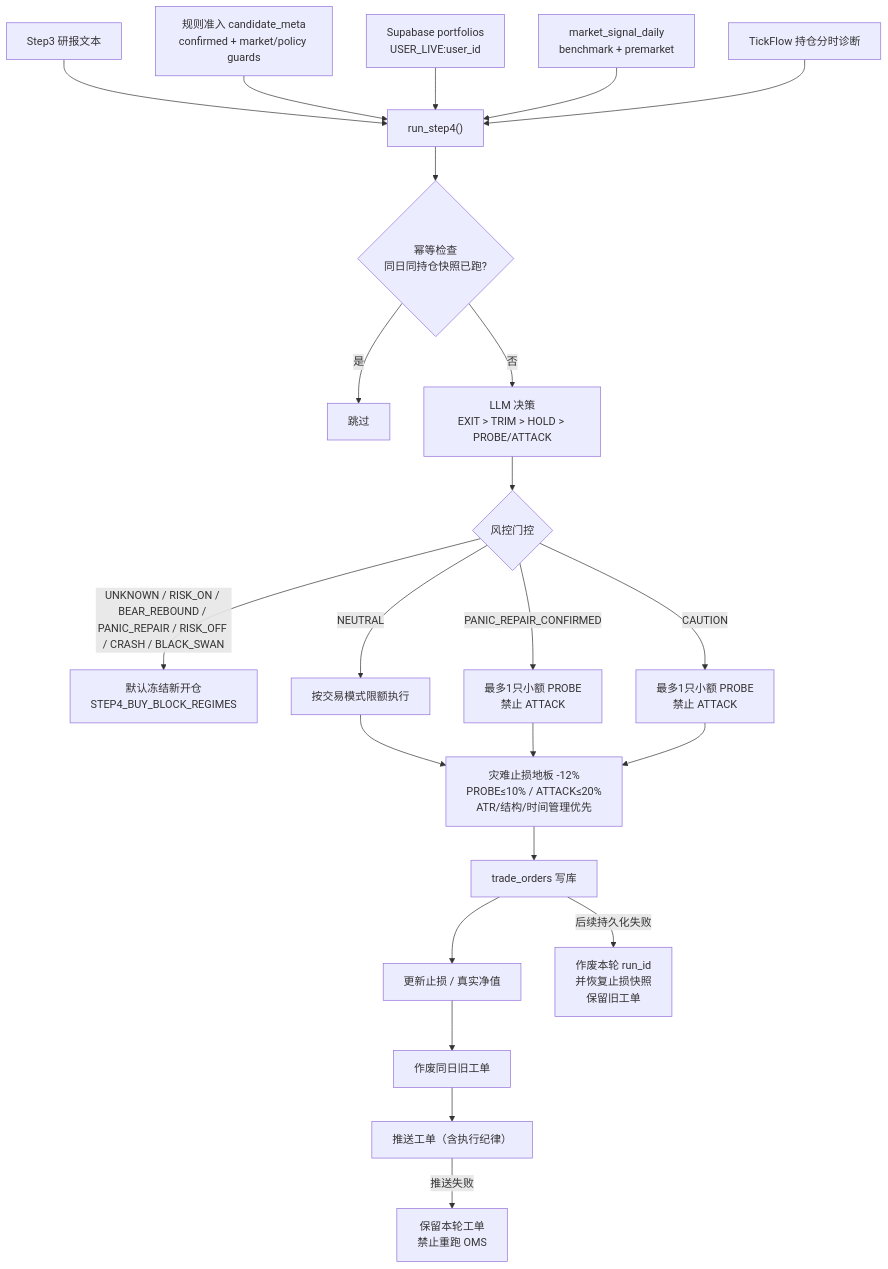
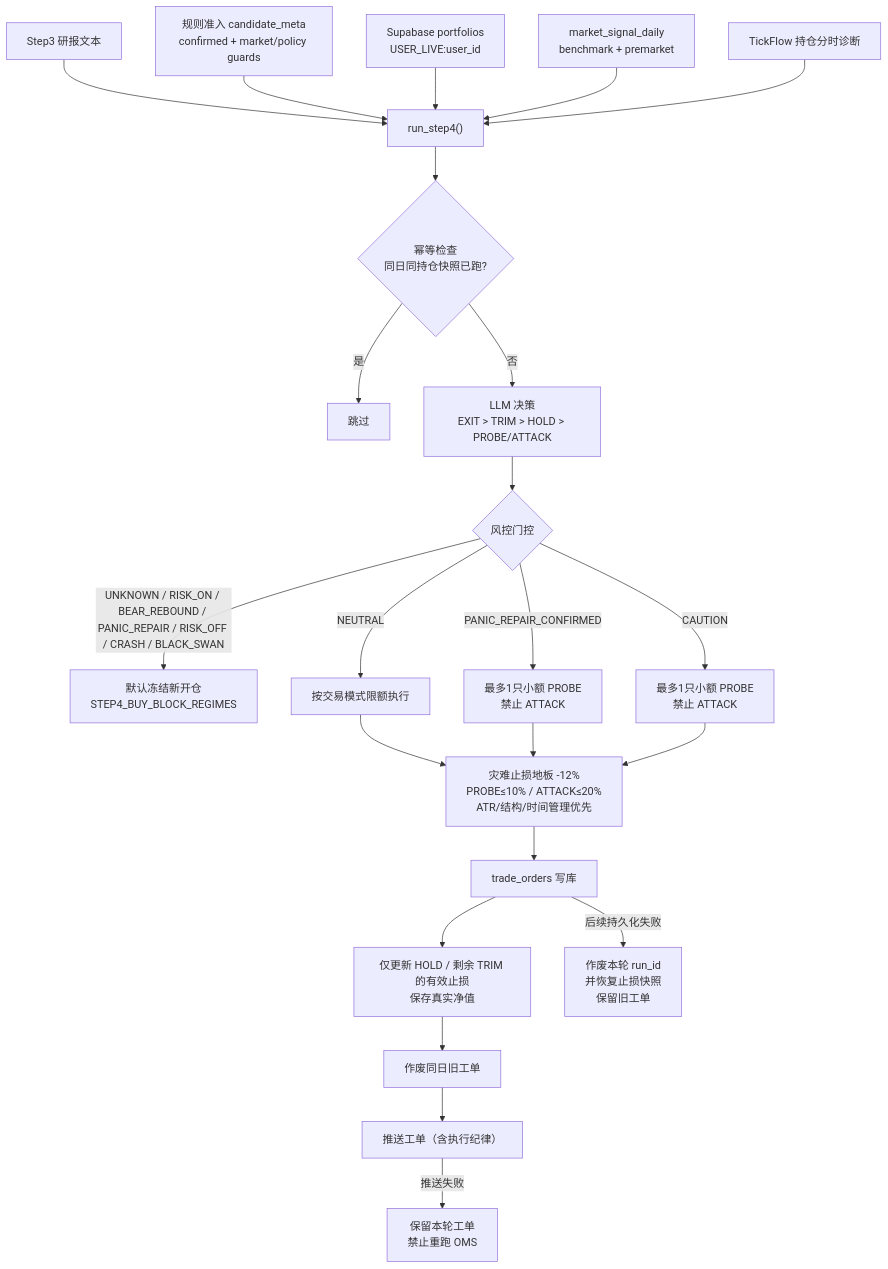
Before and after one commit to YoungCan-Wang/WyckoffTradingAgent: the fifth of 7 diagrams in docs/A_SHARE_FUNNEL_FLOW.md, drawn with Mermaid. The commit also changed other lines of this file and 76 other files, not shown here.

````diff
--- a/docs/A_SHARE_FUNNEL_FLOW.md
+++ b/docs/A_SHARE_FUNNEL_FLOW.md
@@ -308,28 +310,28 @@
 ```mermaid
 flowchart TD
     IN1["Step3 研报文本"] --> S4
     IN2["规则准入 candidate_meta<br/>confirmed + market/policy guards"] --> S4
     IN3["Supabase portfolios<br/>USER_LIVE:user_id"] --> S4
     IN4["market_signal_daily<br/>benchmark + premarket"] --> S4
     IN5["TickFlow 持仓分时诊断"] --> S4
 
     S4["run_step4()"] --> IDEM{"幂等检查<br/>同日同持仓快照已跑?"}
     IDEM -->|是| SKIP["跳过"]
     IDEM -->|否| LLM["LLM 决策<br/>EXIT > TRIM > HOLD > PROBE/ATTACK"]
 
     LLM --> RISK{"风控门控"}
 RISK -->|UNKNOWN / RISK_ON / BEAR_REBOUND / PANIC_REPAIR / RISK_OFF / CRASH / BLACK_SWAN| BLOCK_BUY["默认冻结新开仓<br/>STEP4_BUY_BLOCK_REGIMES"]
 RISK -->|PANIC_REPAIR_CONFIRMED| REPAIR_PROBE["最多1只小额 PROBE<br/>禁止 ATTACK"]
     RISK -->|CAUTION| CAUTION_PROBE["最多1只小额 PROBE<br/>禁止 ATTACK"]
     RISK -->|NEUTRAL| ALLOW["按交易模式限额执行"]
 
     ALLOW --> OMS["灾难止损地板 -12%<br/>PROBE≤10% / ATTACK≤20%<br/>ATR/结构/时间管理优先"]
     REPAIR_PROBE --> OMS
     CAUTION_PROBE --> OMS
     OMS --> DB["trade_orders 写库"]
-    DB --> AUX["更新止损 / 真实净值"]
+    DB --> AUX["仅更新 HOLD / 剩余 TRIM 的有效止损<br/>保存真实净值"]
     AUX --> OLD["作废同日旧工单"]
     OLD --> TG["推送工单（含执行纪律）"]
     DB -->|后续持久化失败| RB["作废本轮 run_id<br/>并恢复止损快照<br/>保留旧工单"]
     TG -->|推送失败| KEEP["保留本轮工单<br/>禁止重跑 OMS"]
 ```
````
